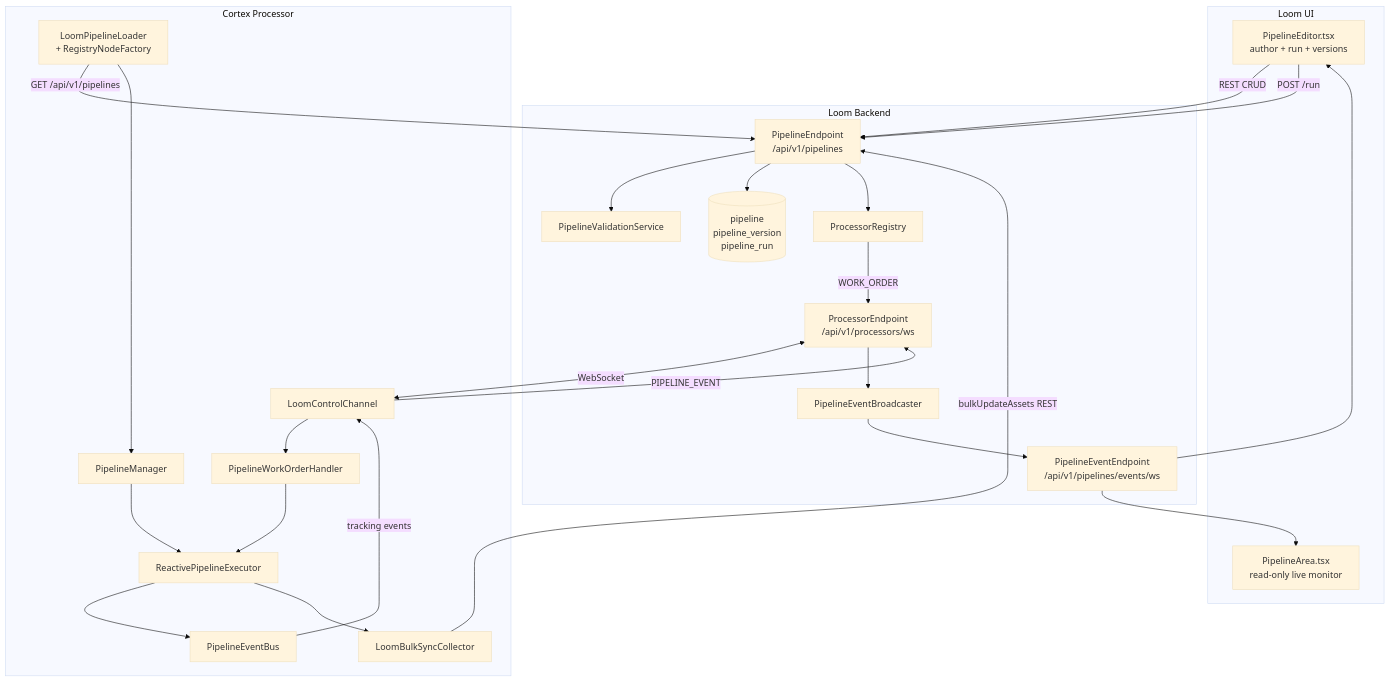
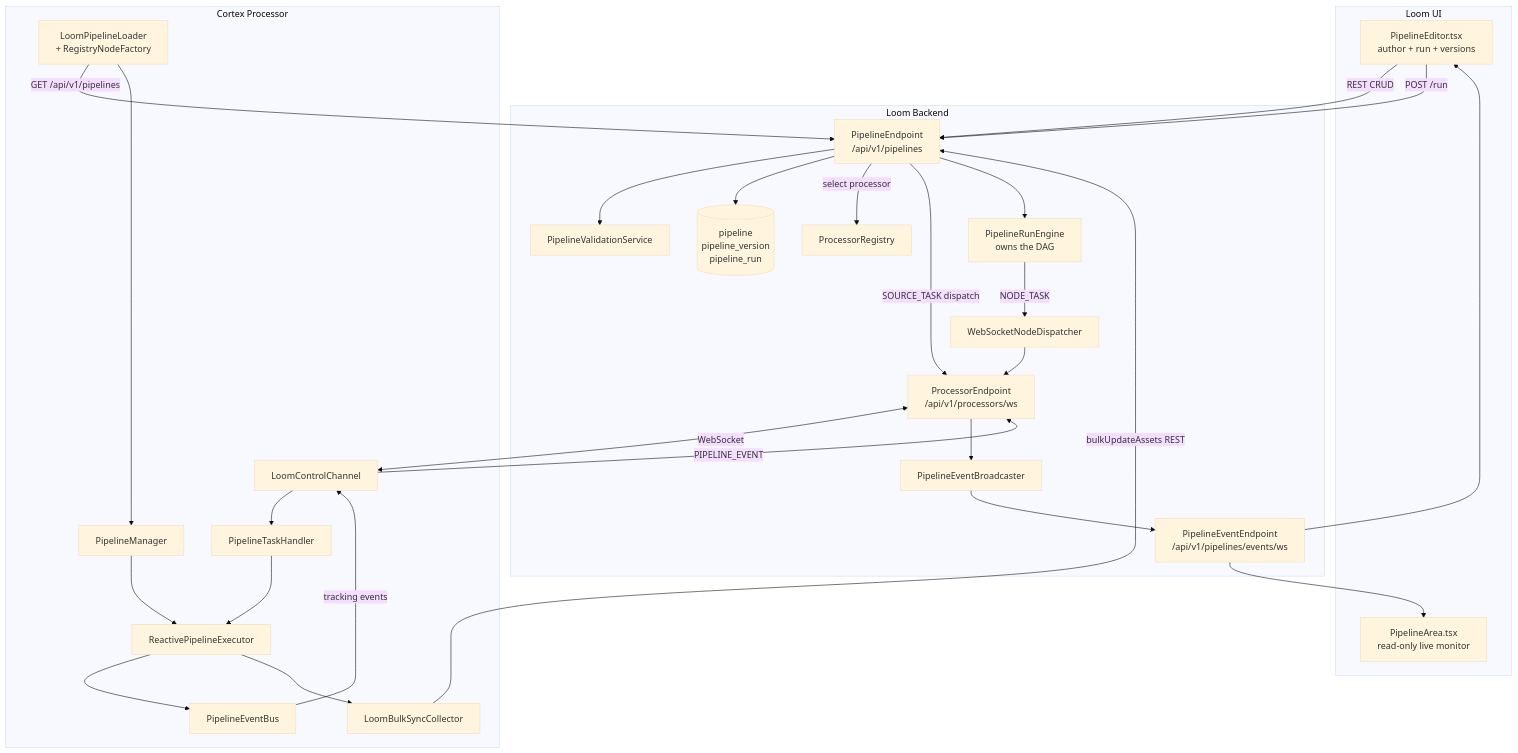
One commit to metaloom/metaloom changed the diagram in spec/features/pipeline/PIPELINE.md. Above: the diagram before and after it, drawn with Mermaid (base theme). The commit also changed other lines of this file and 175 other files, not shown here.

````diff
--- a/spec/features/pipeline/PIPELINE.md
+++ b/spec/features/pipeline/PIPELINE.md
@@ -58,49 +58,54 @@
 ```mermaid
 graph TB
     subgraph UI["Loom UI"]
         ED[PipelineEditor.tsx<br/>author + run + versions]
         AR[PipelineArea.tsx<br/>read-only live monitor]
     end
 
     subgraph LOOM["Loom Backend"]
         REST[PipelineEndpoint<br/>/api/v1/pipelines]
         VAL[PipelineValidationService]
         DB[(pipeline<br/>pipeline_version<br/>pipeline_run)]
         PROC[ProcessorEndpoint<br/>/api/v1/processors/ws]
         BC[PipelineEventBroadcaster]
         EVW[PipelineEventEndpoint<br/>/api/v1/pipelines/events/ws]
         REG[ProcessorRegistry]
+        ENG[PipelineRunEngine<br/>owns the DAG]
+        DSP[WebSocketNodeDispatcher]
     end
 
     subgraph CORTEX["Cortex Processor"]
         LCC[LoomControlChannel]
-        WOH[PipelineWorkOrderHandler]
+        PTH[PipelineTaskHandler]
         LPL[LoomPipelineLoader<br/>+ RegistryNodeFactory]
         PM[PipelineManager]
         EX[ReactivePipelineExecutor]
         BUS[PipelineEventBus]
         SYNC[LoomBulkSyncCollector]
     end
 
     ED -->|REST CRUD| REST
     REST --> VAL
     REST --> DB
     ED -->|POST /run| REST
-    REST --> REG
-    REG -->|WORK_ORDER| PROC
+    REST -->|select processor| REG
+    REST -->|SOURCE_TASK dispatch| PROC
+    REST --> ENG
+    ENG -->|NODE_TASK| DSP
+    DSP --> PROC
     PROC <-->|WebSocket| LCC
-    LCC --> WOH
-    WOH --> EX
+    LCC --> PTH
+    PTH --> EX
     LPL -->|GET /api/v1/pipelines| REST
     LPL --> PM
     PM --> EX
     EX --> BUS
     BUS -->|tracking events| LCC
     LCC -->|PIPELINE_EVENT| PROC
     PROC --> BC
     BC --> EVW
     EVW --> AR
     EVW --> ED
     EX --> SYNC
     SYNC -->|bulkUpdateAssets REST| REST
 ```
````
